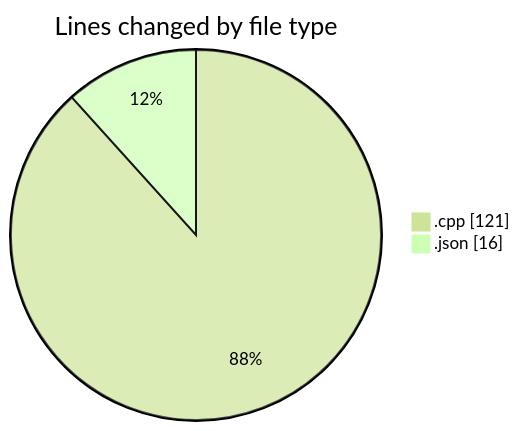
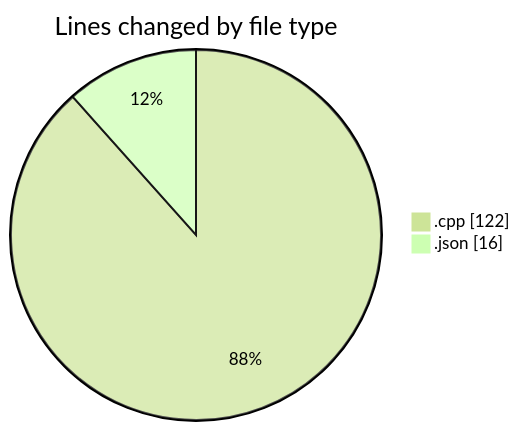
One commit to Netris89/code-tracking changed the first of 2 diagrams in 2025-04-23/echo/README.md. Above: the diagram before and after it, drawn with Mermaid (forest theme). The commit also changed other lines of this file and 1 other file, not shown here.

````diff
--- a/2025-04-23/echo/README.md
+++ b/2025-04-23/echo/README.md
@@ -21,6 +21,6 @@
 ```mermaid
 pie showData
 title Lines changed by file type
-".cpp" : 121
+".cpp" : 122
 ".json" : 16
 ```
````
